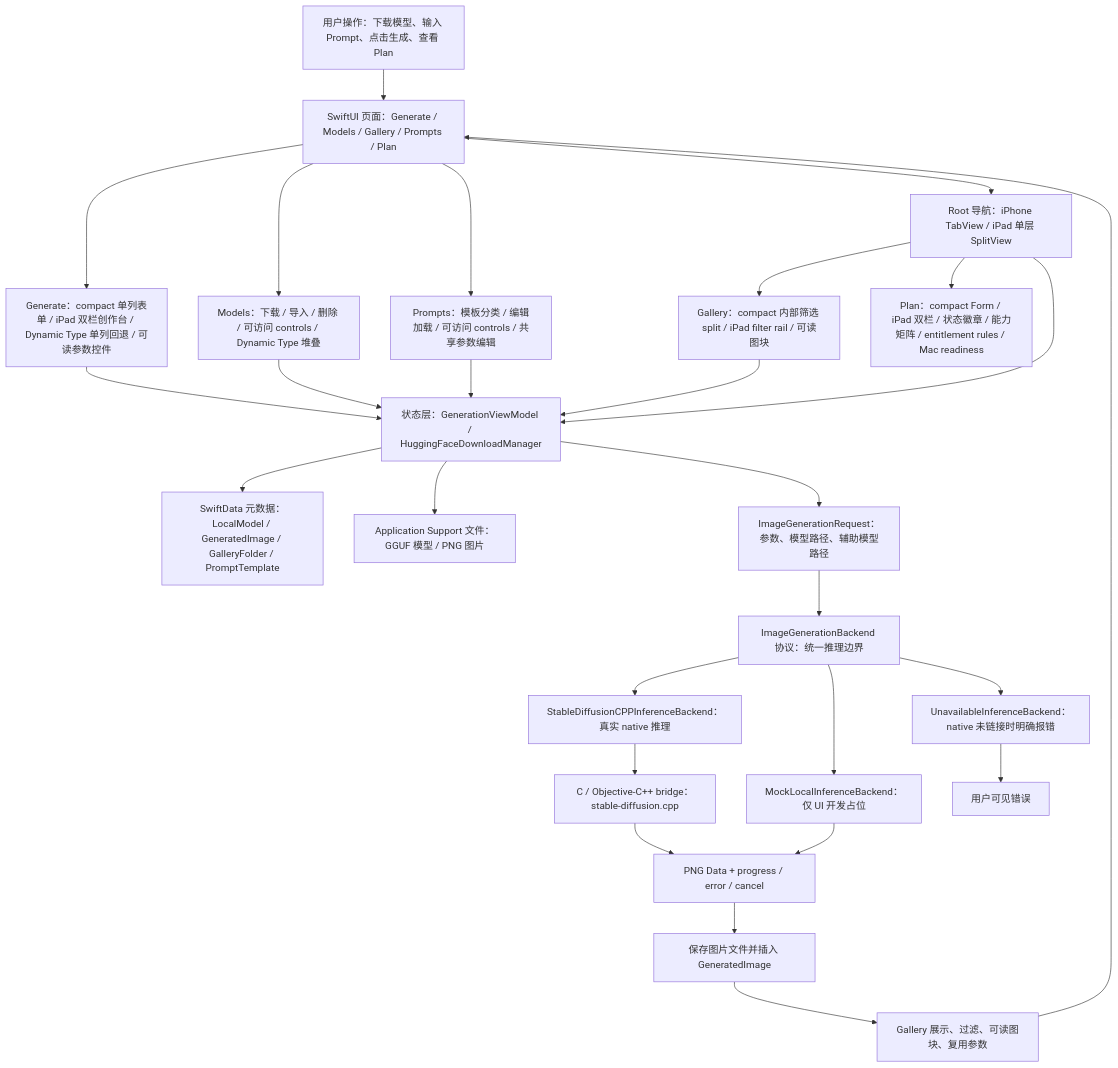
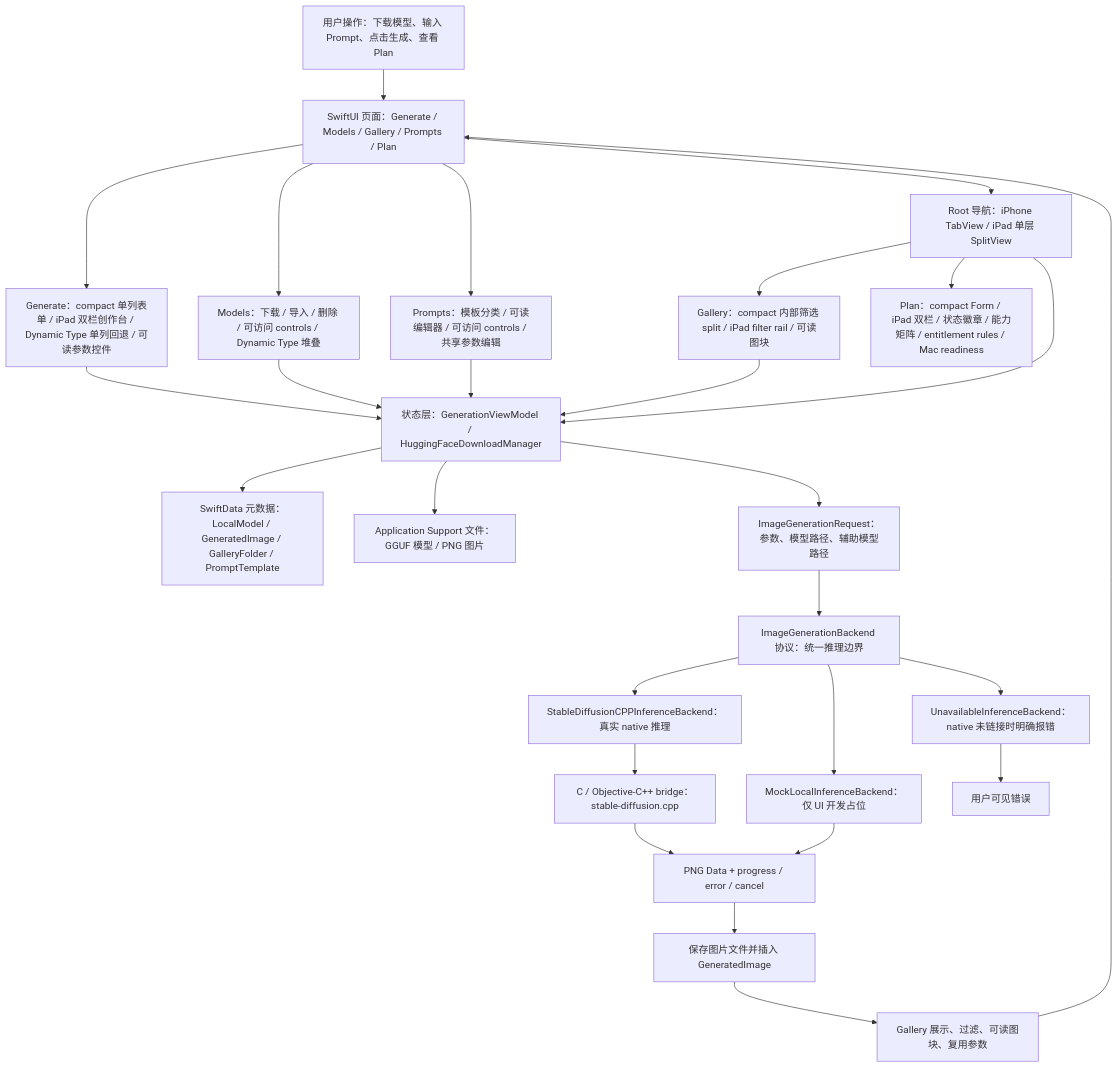
One commit to Altman-sam114/118 changed the first of 7 diagrams in md/flow/flowchart.md. Above: the diagram before and after it, drawn with Mermaid. The commit also changed 5 other files, not shown here.

````diff
--- a/md/flow/flowchart.md
+++ b/md/flow/flowchart.md
@@ -9,29 +9,29 @@
 ```mermaid
 flowchart TD
   U["用户操作：下载模型、输入 Prompt、点击生成、查看 Plan"] --> UI["SwiftUI 页面：Generate / Models / Gallery / Prompts / Plan"]
   UI --> GENUI["Generate：compact 单列表单 / iPad 双栏创作台 / Dynamic Type 单列回退 / 可读参数控件"]
   UI --> MODELUI["Models：下载 / 导入 / 删除 / 可访问 controls / Dynamic Type 堆叠"]
-  UI --> PROMPTUI["Prompts：模板分类 / 编辑加载 / 可访问 controls / 共享参数编辑"]
+  UI --> PROMPTUI["Prompts：模板分类 / 可读编辑器 / 可访问 controls / 共享参数编辑"]
   UI --> NAV["Root 导航：iPhone TabView / iPad 单层 SplitView"]
   NAV --> GALUI["Gallery：compact 内部筛选 split / iPad filter rail / 可读图块"]
   NAV --> PLANUI["Plan：compact Form / iPad 双栏 / 状态徽章 / 能力矩阵 / entitlement rules / Mac readiness"]
   NAV --> VM["状态层：GenerationViewModel / HuggingFaceDownloadManager"]
   GENUI --> VM
   MODELUI --> VM
   PROMPTUI --> VM
   GALUI --> VM
   VM --> SD["SwiftData 元数据：LocalModel / GeneratedImage / GalleryFolder / PromptTemplate"]
   VM --> FS["Application Support 文件：GGUF 模型 / PNG 图片"]
   VM --> REQ["ImageGenerationRequest：参数、模型路径、辅助模型路径"]
   REQ --> IFACE["ImageGenerationBackend 协议：统一推理边界"]
   IFACE --> NATIVE["StableDiffusionCPPInferenceBackend：真实 native 推理"]
   IFACE --> MOCK["MockLocalInferenceBackend：仅 UI 开发占位"]
   IFACE --> OFF["UnavailableInferenceBackend：native 未链接时明确报错"]
   NATIVE --> BRIDGE["C / Objective-C++ bridge：stable-diffusion.cpp"]
   BRIDGE --> PNG["PNG Data + progress / error / cancel"]
   MOCK --> PNG
   OFF --> ERR["用户可见错误"]
   PNG --> SAVE["保存图片文件并插入 GeneratedImage"]
   SAVE --> GALLERY["Gallery 展示、过滤、可读图块、复用参数"]
   GALLERY --> UI
 ```
````
